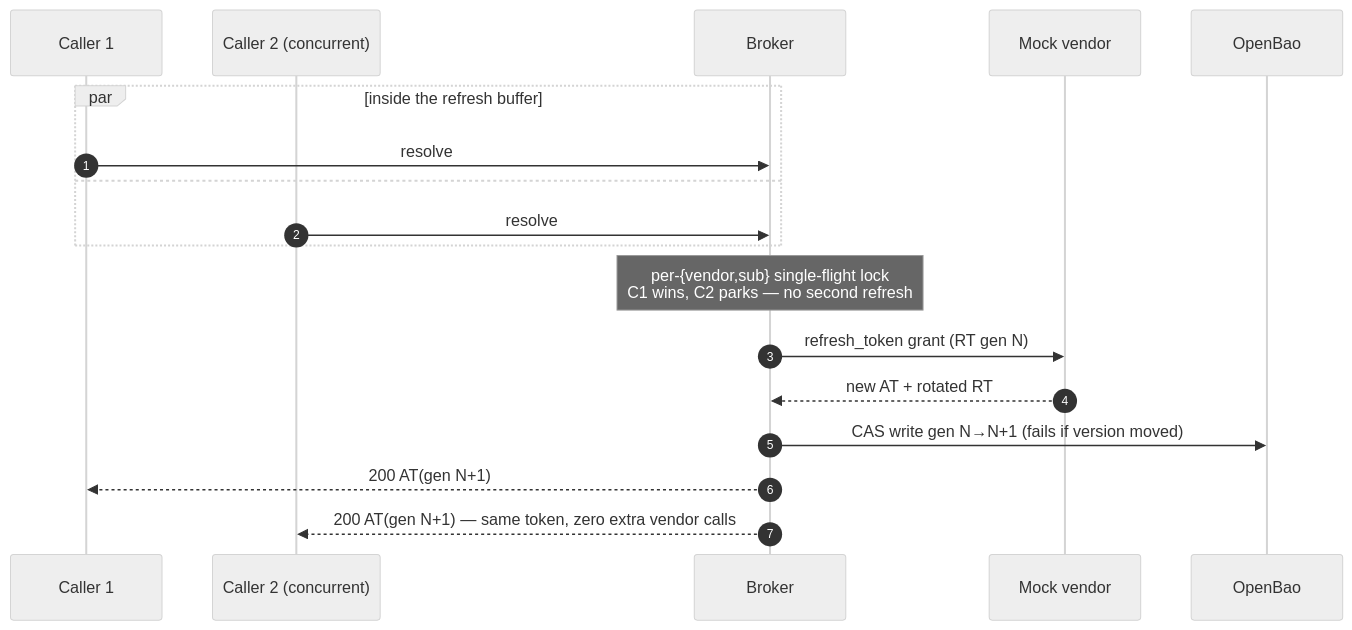
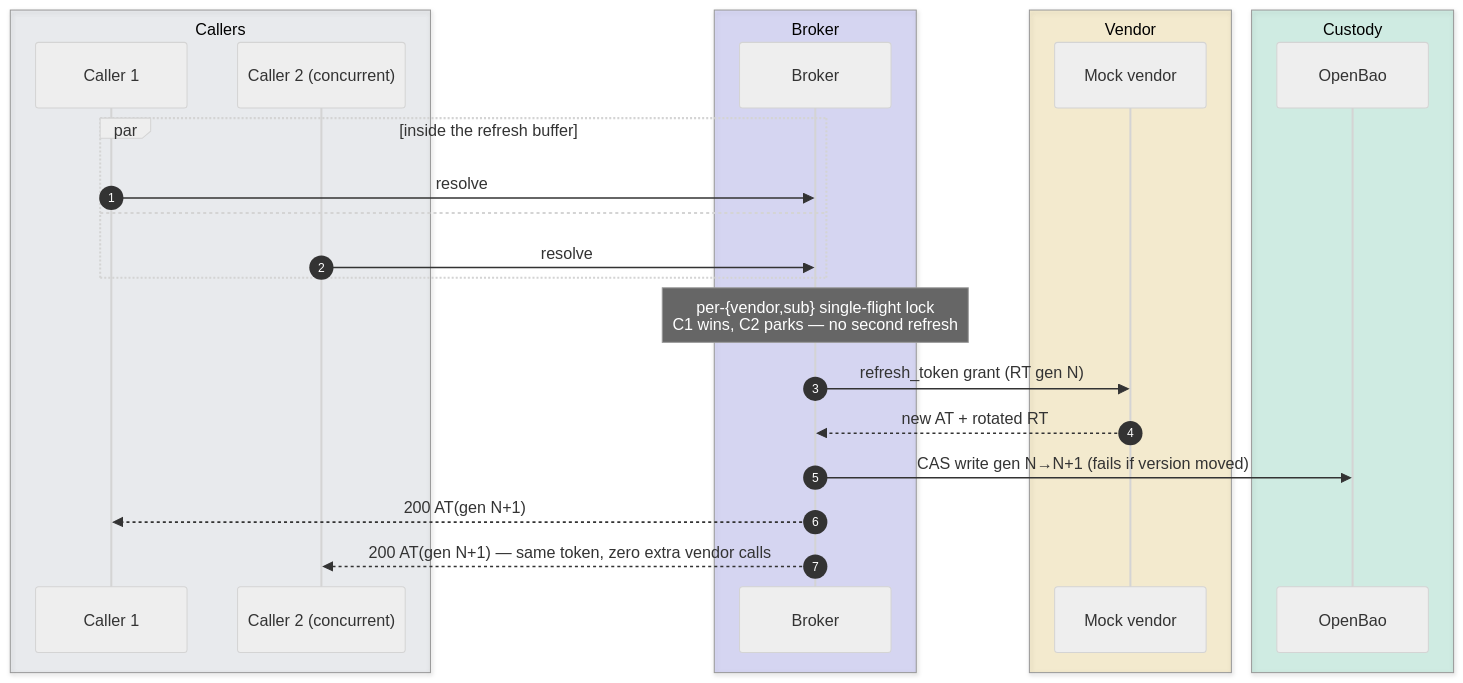
Before and after one commit to chief-builder/vendor-token-broker: the fourth of 7 diagrams in docs/smoke-tests.md, drawn with Mermaid (neutral theme). The commit also changed other lines of this file and 1 other file, not shown here.

First line of the commit message:
docs: theme-aware diagram colors + decluttered orientation map

````diff
--- a/docs/smoke-tests.md
+++ b/docs/smoke-tests.md
@@ -208,20 +233,28 @@
 ```mermaid
 sequenceDiagram
     autonumber
-    participant C1 as Caller 1
-    participant C2 as Caller 2 (concurrent)
-    participant B as Broker
-    participant M as Mock vendor
-    participant V as OpenBao
+    box rgba(148,163,184,0.14) Callers
+        participant C1 as Caller 1
+        participant C2 as Caller 2 (concurrent)
+    end
+    box rgba(99,102,241,0.20) Broker
+        participant B as Broker
+    end
+    box rgba(234,179,8,0.16) Vendor
+        participant M as Mock vendor
+    end
+    box rgba(16,185,129,0.16) Custody
+        participant V as OpenBao
+    end
     par inside the refresh buffer
         C1->>B: resolve
     and
         C2->>B: resolve
     end
     Note over B: per-{vendor,sub} single-flight lock<br/>C1 wins, C2 parks — no second refresh
     B->>M: refresh_token grant (RT gen N)
     M-->>B: new AT + rotated RT
     B->>V: CAS write gen N→N+1 (fails if version moved)
     B-->>C1: 200 AT(gen N+1)
     B-->>C2: 200 AT(gen N+1) — same token, zero extra vendor calls
 ```
````
